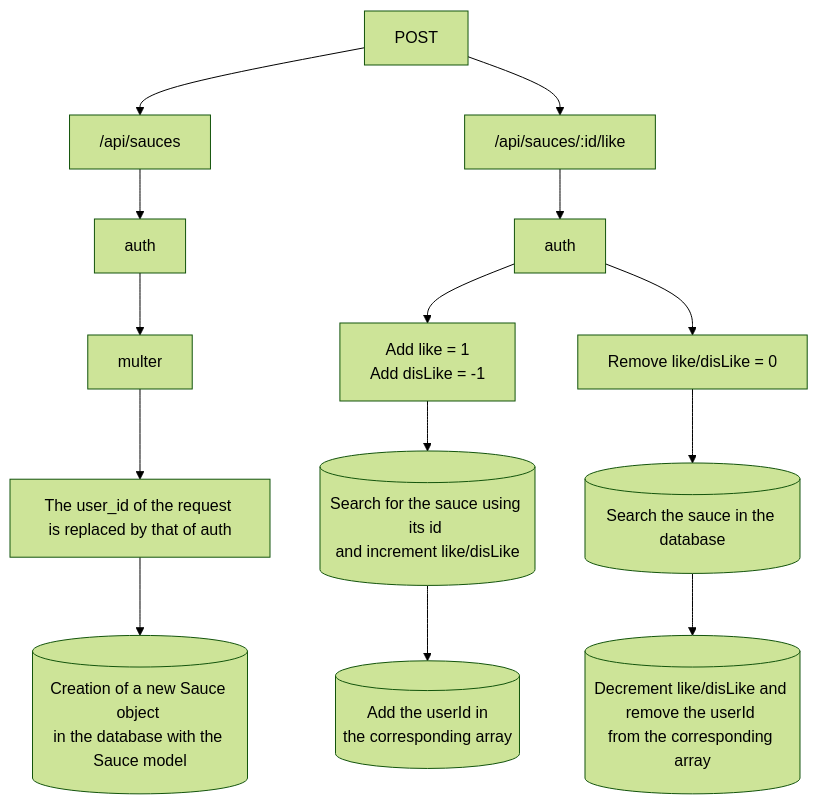
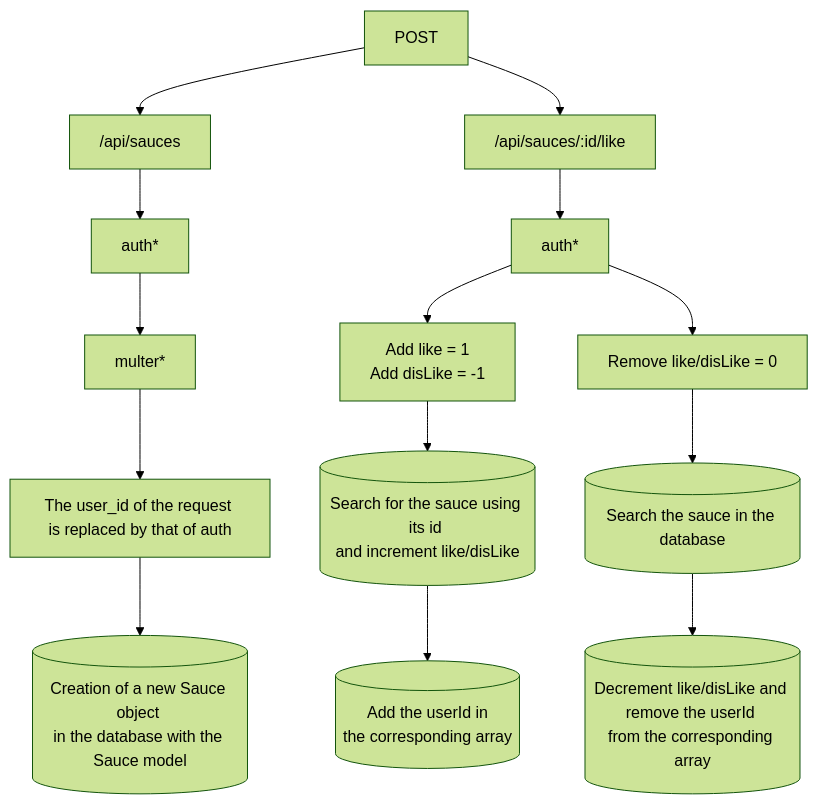
The fifth of 7 diagrams in README.md (Krock13/Piiquante), drawn with Mermaid (forest theme) before and after one commit. The commit also changed other lines of this file, not shown here.

````diff
--- a/README.md
+++ b/README.md
@@ -102,31 +102,31 @@
 ```mermaid
 graph  TD
 
   
 
 A[POST]  -->  B["/"api/sauces]
 
-B  -->  C[auth]
+B  -->  C[auth*]
 
-C  -->  D[multer]
+C  -->  D[multer*]
 
 D  -->  E[The user_id of the request is replaced by that of auth]
 
 E  -->  F[(Creation of a new Sauce object <br />in the database with the Sauce model)]
 
 A  -->  G["/"api/sauces/:id/like]
 
-G  -->  H[auth]
+G  -->  H[auth*]
 
 H  -->  I[Add like = 1<br />Add disLike = -1]
 
 I  -->  J[(Search for the sauce using its id <br />and increment like/disLike)]
 
 J  -->  K[(Add the userId in <br />the corresponding array)]
 
 H  -->  L[Remove like/disLike = 0]
 
 L  -->  M[(Search the sauce in the database)]
 
 M  -->  N[(Decrement like/disLike and <br />remove the userId <br />from the corresponding array)]
 ```
````
